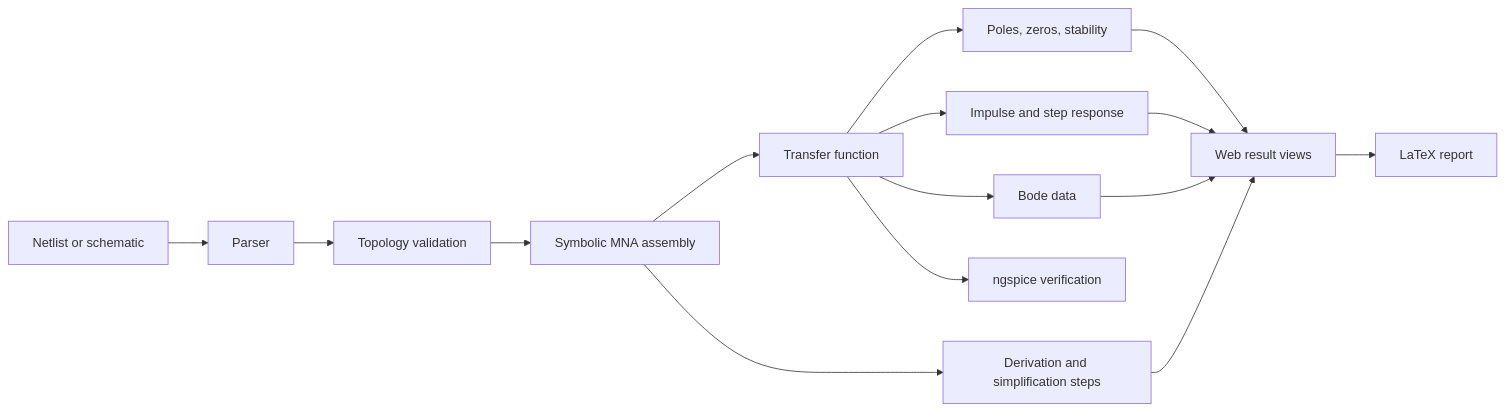
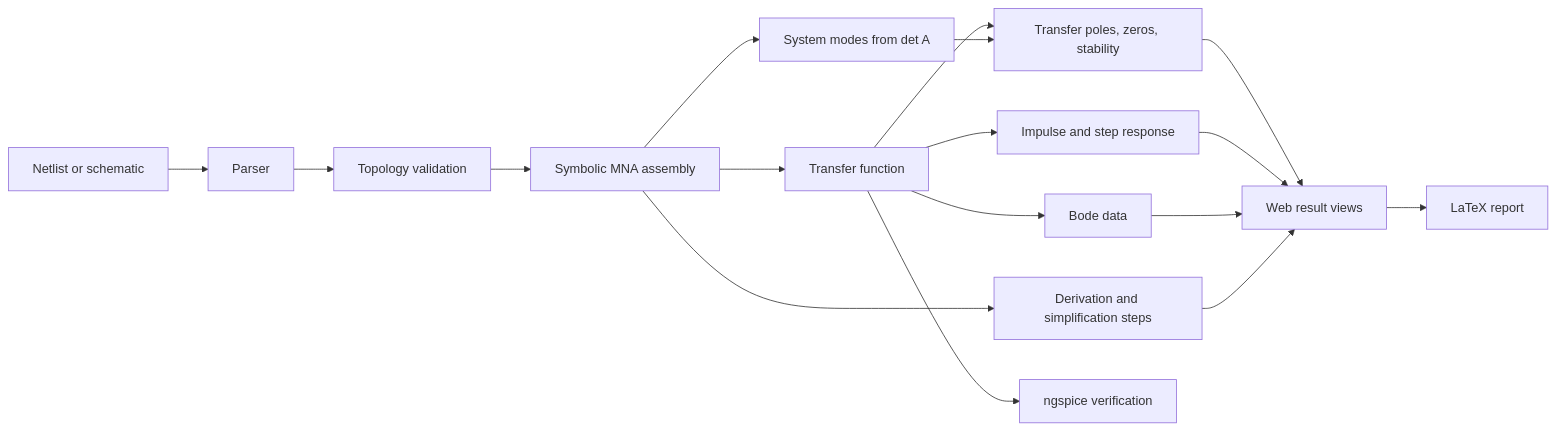
The diagram in README.md (BJDG-CM/CircuitSage), drawn with Mermaid before and after one commit. The commit also changed other lines of this file, not shown here.

````diff
--- a/README.md
+++ b/README.md
@@ -145,17 +164,19 @@
 ```mermaid
 flowchart LR
     A[Netlist or schematic] --> B[Parser]
     B --> C[Topology validation]
     C --> D[Symbolic MNA assembly]
     D --> E[Transfer function]
-    E --> F[Poles, zeros, stability]
+    D --> M[System modes from det A]
+    E --> F[Transfer poles, zeros, stability]
+    M --> F
     E --> G[Impulse and step response]
     E --> H[Bode data]
     D --> I[Derivation and simplification steps]
     F --> J[Web result views]
     G --> J
     H --> J
     I --> J
     J --> K[LaTeX report]
     E --> L[ngspice verification]
 ```
````
